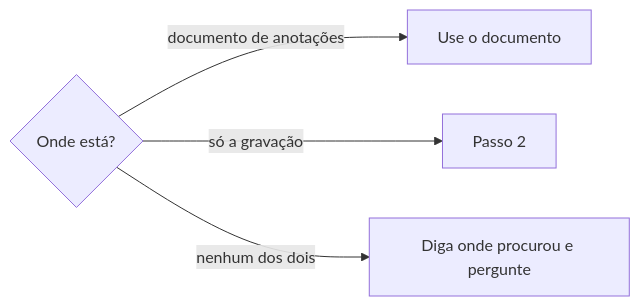
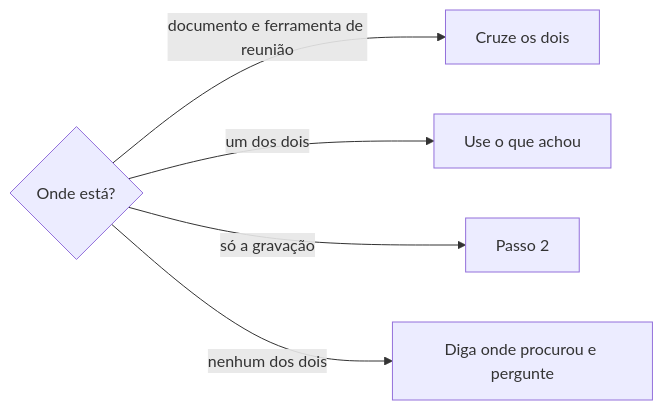
One commit to jimmyandrade/harness changed the diagram in .agents/skills/levantar-gravacoes-de-reunioes/SKILL.md. Above: the diagram before and after it, drawn with Mermaid. The commit also changed other lines of this file, not shown here.

````diff
--- a/.agents/skills/levantar-gravacoes-de-reunioes/SKILL.md
+++ b/.agents/skills/levantar-gravacoes-de-reunioes/SKILL.md
@@ -36,6 +36,7 @@
 ```mermaid
 flowchart LR
-  A{Onde está?} -->|documento de anotações| D[Use o documento]
+  A{Onde está?} -->|documento e ferramenta de reunião| U[Cruze os dois]
+  A -->|um dos dois| D[Use o que achou]
   A -->|só a gravação| G[Passo 2]
   A -->|nenhum dos dois| P[Diga onde procurou e pergunte]
 ```
````
